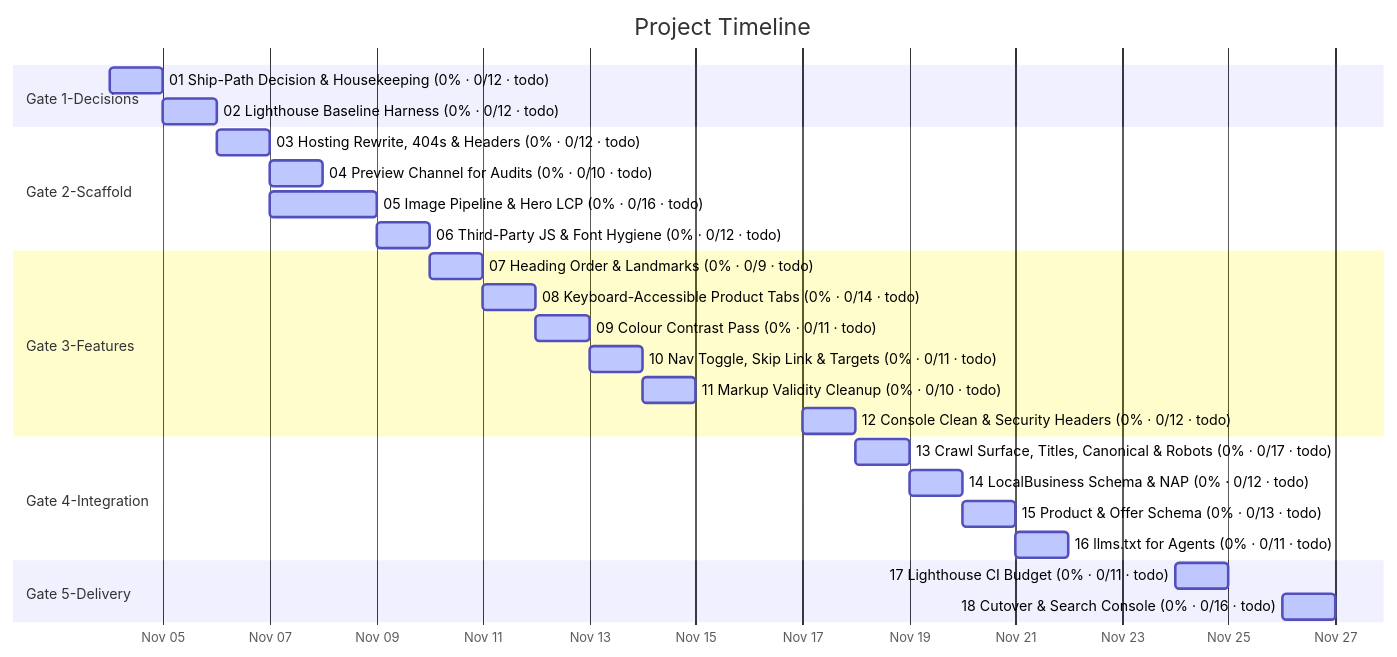
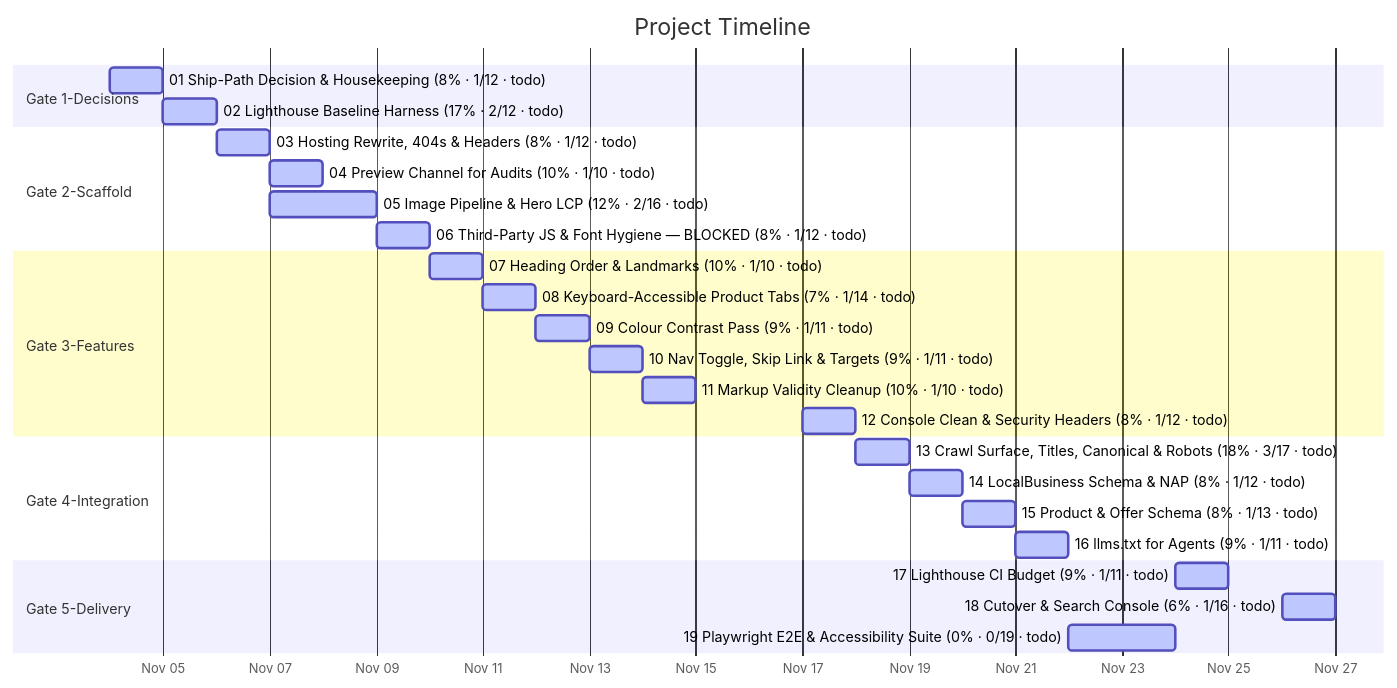
One commit to matterattetatte/esmia-v5 changed the diagram in docs/diagrams/task-gantt.md. Above: the diagram before and after it, drawn with Mermaid. The commit also changed other lines of this file and 25 other files, not shown here.

````diff
--- a/docs/diagrams/task-gantt.md
+++ b/docs/diagrams/task-gantt.md
@@ -27,30 +27,31 @@
 ```mermaid
 gantt
     title Project Timeline
     dateFormat  YYYY-MM-DD
     axisFormat  %b %d
 
     section Gate 1-Decisions
-    01 Ship-Path Decision & Housekeeping (0% · 0/12 · todo) : active, 2026-11-04, 1d
-    02 Lighthouse Baseline Harness (0% · 0/12 · todo) : active, 2026-11-05, 1d
+    01 Ship-Path Decision & Housekeeping (8% · 1/12 · todo) : active, 2026-11-04, 1d
+    02 Lighthouse Baseline Harness (17% · 2/12 · todo) : active, 2026-11-05, 1d
     section Gate 2-Scaffold
-    03 Hosting Rewrite, 404s & Headers (0% · 0/12 · todo) : active, 2026-11-06, 1d
-    04 Preview Channel for Audits (0% · 0/10 · todo) : active, 2026-11-07, 1d
-    05 Image Pipeline & Hero LCP (0% · 0/16 · todo) : active, 2026-11-07, 2d
-    06 Third-Party JS & Font Hygiene (0% · 0/12 · todo) : active, 2026-11-09, 1d
+    03 Hosting Rewrite, 404s & Headers (8% · 1/12 · todo) : active, 2026-11-06, 1d
+    04 Preview Channel for Audits (10% · 1/10 · todo) : active, 2026-11-07, 1d
+    05 Image Pipeline & Hero LCP (12% · 2/16 · todo) : active, 2026-11-07, 2d
+    06 Third-Party JS & Font Hygiene — BLOCKED (8% · 1/12 · todo) : active, 2026-11-09, 1d
     section Gate 3-Features
-    07 Heading Order & Landmarks (0% · 0/9 · todo) : active, 2026-11-10, 1d
-    08 Keyboard-Accessible Product Tabs (0% · 0/14 · todo) : active, 2026-11-11, 1d
-    09 Colour Contrast Pass (0% · 0/11 · todo) : active, 2026-11-12, 1d
-    10 Nav Toggle, Skip Link & Targets (0% · 0/11 · todo) : active, 2026-11-13, 1d
-    11 Markup Validity Cleanup (0% · 0/10 · todo) : active, 2026-11-14, 1d
-    12 Console Clean & Security Headers (0% · 0/12 · todo) : active, 2026-11-17, 1d
+    07 Heading Order & Landmarks (10% · 1/10 · todo) : active, 2026-11-10, 1d
+    08 Keyboard-Accessible Product Tabs (7% · 1/14 · todo) : active, 2026-11-11, 1d
+    09 Colour Contrast Pass (9% · 1/11 · todo) : active, 2026-11-12, 1d
+    10 Nav Toggle, Skip Link & Targets (9% · 1/11 · todo) : active, 2026-11-13, 1d
+    11 Markup Validity Cleanup (10% · 1/10 · todo) : active, 2026-11-14, 1d
+    12 Console Clean & Security Headers (8% · 1/12 · todo) : active, 2026-11-17, 1d
     section Gate 4-Integration
-    13 Crawl Surface, Titles, Canonical & Robots (0% · 0/17 · todo) : active, 2026-11-18, 1d
-    14 LocalBusiness Schema & NAP (0% · 0/12 · todo) : active, 2026-11-19, 1d
-    15 Product & Offer Schema (0% · 0/13 · todo) : active, 2026-11-20, 1d
-    16 llms.txt for Agents (0% · 0/11 · todo) : active, 2026-11-21, 1d
+    13 Crawl Surface, Titles, Canonical & Robots (18% · 3/17 · todo) : active, 2026-11-18, 1d
+    14 LocalBusiness Schema & NAP (8% · 1/12 · todo) : active, 2026-11-19, 1d
+    15 Product & Offer Schema (8% · 1/13 · todo) : active, 2026-11-20, 1d
+    16 llms.txt for Agents (9% · 1/11 · todo) : active, 2026-11-21, 1d
     section Gate 5-Delivery
-    17 Lighthouse CI Budget (0% · 0/11 · todo) : active, 2026-11-24, 1d
-    18 Cutover & Search Console (0% · 0/16 · todo) : active, 2026-11-26, 1d
+    17 Lighthouse CI Budget (9% · 1/11 · todo) : active, 2026-11-24, 1d
+    18 Cutover & Search Console (6% · 1/16 · todo) : active, 2026-11-26, 1d
+    19 Playwright E2E & Accessibility Suite (0% · 0/19 · todo) : active, 2026-11-22, 2d
 ```
````
